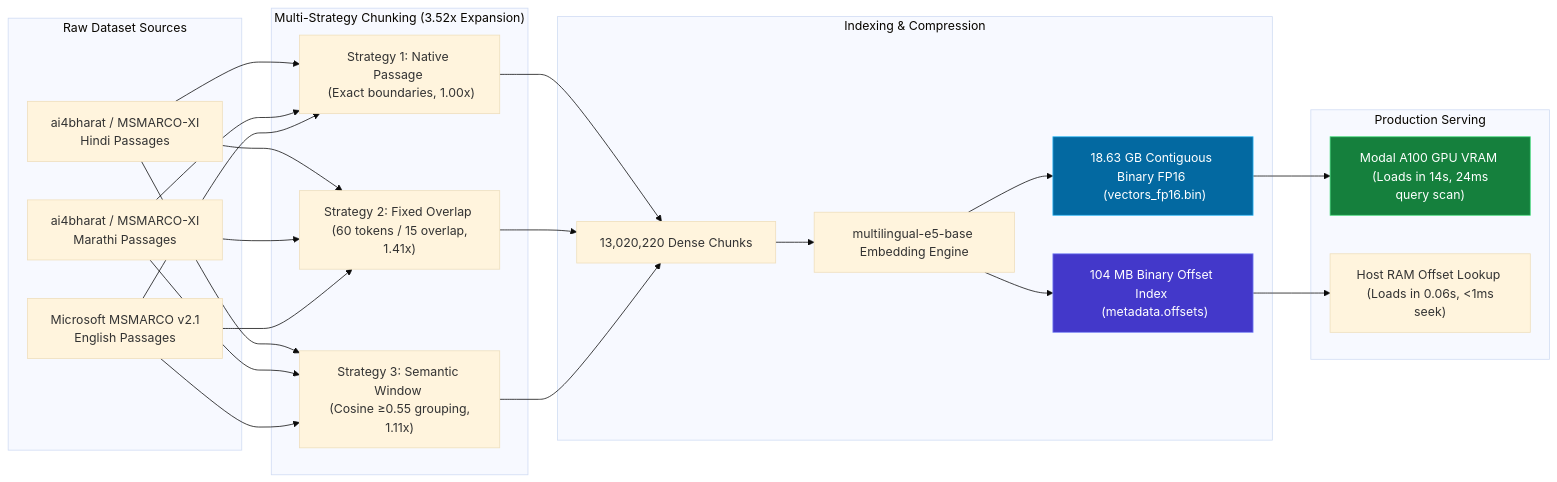
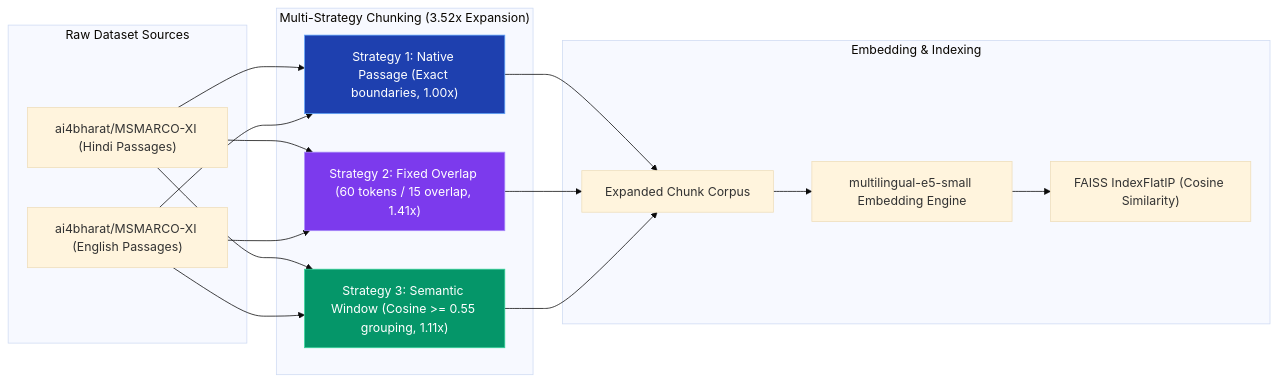
The third of 4 diagrams in ARCHITECTURE_AND_DATA_FLOW.md (Asheesh7298/Rag-voice), drawn with Mermaid (base theme) before and after one commit. The commit also changed other lines of this file and 4 other files, not shown here.

Commit message:
docs: update README, architecture diagrams, and presentation with champion benchmark metrics and RTX 4050 specs

````diff
--- a/ARCHITECTURE_AND_DATA_FLOW.md
+++ b/ARCHITECTURE_AND_DATA_FLOW.md
@@ -102,30 +99,23 @@
 ```mermaid
 graph LR
     subgraph "Raw Dataset Sources"
-        D1[ai4bharat / MSMARCO-XI <br/> Hindi Passages]
-        D2[ai4bharat / MSMARCO-XI <br/> Marathi Passages]
-        D3[Microsoft MSMARCO v2.1 <br/> English Passages]
+        D1["ai4bharat/MSMARCO-XI (Hindi Passages)"]
+        D2["ai4bharat/MSMARCO-XI (English Passages)"]
     end
 
     subgraph "Multi-Strategy Chunking (3.52x Expansion)"
-        D1 & D2 & D3 --> S1["Strategy 1: Native Passage <br/> (Exact boundaries, 1.00x)"]
-        D1 & D2 & D3 --> S2["Strategy 2: Fixed Overlap <br/> (60 tokens / 15 overlap, 1.41x)"]
-        D1 & D2 & D3 --> S3["Strategy 3: Semantic Window <br/> (Cosine ≥0.55 grouping, 1.11x)"]
+        D1 & D2 --> S1["Strategy 1: Native Passage (Exact boundaries, 1.00x)"]
+        D1 & D2 --> S2["Strategy 2: Fixed Overlap (60 tokens / 15 overlap, 1.41x)"]
+        D1 & D2 --> S3["Strategy 3: Semantic Window (Cosine >= 0.55 grouping, 1.11x)"]
     end
 
-    subgraph "Indexing & Compression"
-        S1 & S2 & S3 --> DenseMap["13,020,220 Dense Chunks"]
-        DenseMap --> ModelEmbed["multilingual-e5-base Embedding Engine"]
-        ModelEmbed --> FP16File["18.63 GB Contiguous Binary FP16 <br/> (vectors_fp16.bin)"]
-        ModelEmbed --> OffsetIndex["104 MB Binary Offset Index <br/> (metadata.offsets)"]
+    subgraph "Embedding & Indexing"
+        S1 & S2 & S3 --> Chunks["Expanded Chunk Corpus"]
+        Chunks --> ModelEmbed["multilingual-e5-small Embedding Engine"]
+        ModelEmbed --> FaissIdx["FAISS IndexFlatIP (Cosine Similarity)"]
     end
 
-    subgraph "Production Serving"
-        FP16File --> A100["Modal A100 GPU VRAM <br/> (Loads in 14s, 24ms query scan)"]
-        OffsetIndex --> HostRAM["Host RAM Offset Lookup <br/> (Loads in 0.06s, <1ms seek)"]
-    end
-
-    style FP16File fill:#0369a1,stroke:#38bdf8,color:#fff
-    style OffsetIndex fill:#4338ca,stroke:#818cf8,color:#fff
-    style A100 fill:#15803d,stroke:#4ade80,color:#fff
+    style S1 fill:#1e40af,stroke:#60a5fa,color:#fff
+    style S2 fill:#7c3aed,stroke:#a78bfa,color:#fff
+    style S3 fill:#059669,stroke:#34d399,color:#fff
 ```
````
